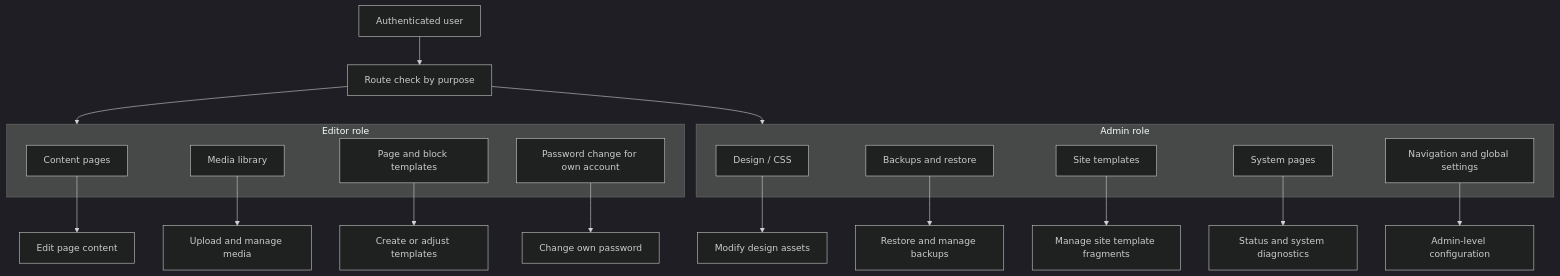
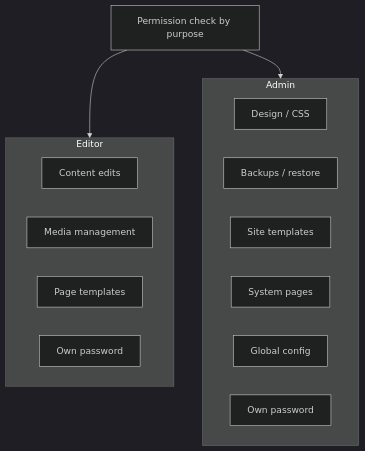
The third of 5 diagrams in docs/ARCHITECTURE.md (tbreuss/jaco-cms), drawn with Mermaid (dark theme) before and after one commit. The commit also changed other lines of this file, not shown here.

Commit message:
Compress the architecture overview into a concise, non-redundant system overview for docs/ARCHITECTURE.md

````diff
--- a/docs/ARCHITECTURE.md
+++ b/docs/ARCHITECTURE.md
@@ -86,32 +75,21 @@
 ```mermaid
 flowchart TB
-    subgraph Editor[Editor role]
-        E1[Content pages]
-        E2[Media library]
-        E3[Page and block templates]
-        E4[Password change for own account]
+    subgraph Editor[Editor]
+        E1[Content edits]
+        E2[Media management]
+        E3[Page templates]
+        E4[Own password]
     end
 
-    subgraph Admin[Admin role]
+    subgraph Admin[Admin]
         A1[Design / CSS]
-        A2[Backups and restore]
+        A2[Backups / restore]
         A3[Site templates]
         A4[System pages]
-        A5[Navigation and global settings]
+        A5[Global config]
+        A6[Own password]
     end
 
-    User[Authenticated user] --> Route[Route check by purpose]
-    Route --> Editor
+    Route[Permission check by purpose] --> Editor
     Route --> Admin
-
-    E1 --> ContentEdit[Edit page content]
-    E2 --> MediaOps[Upload and manage media]
-    E3 --> TemplateOps[Create or adjust templates]
-    E4 --> SelfPassword[Change own password]
-
-    A1 --> DesignOps[Modify design assets]
-    A2 --> BackupOps[Restore and manage backups]
-    A3 --> SiteTemplateOps[Manage site template fragments]
-    A4 --> SystemOps[Status and system diagnostics]
-    A5 --> AdminSettings[Admin-level configuration]
 ```
````
